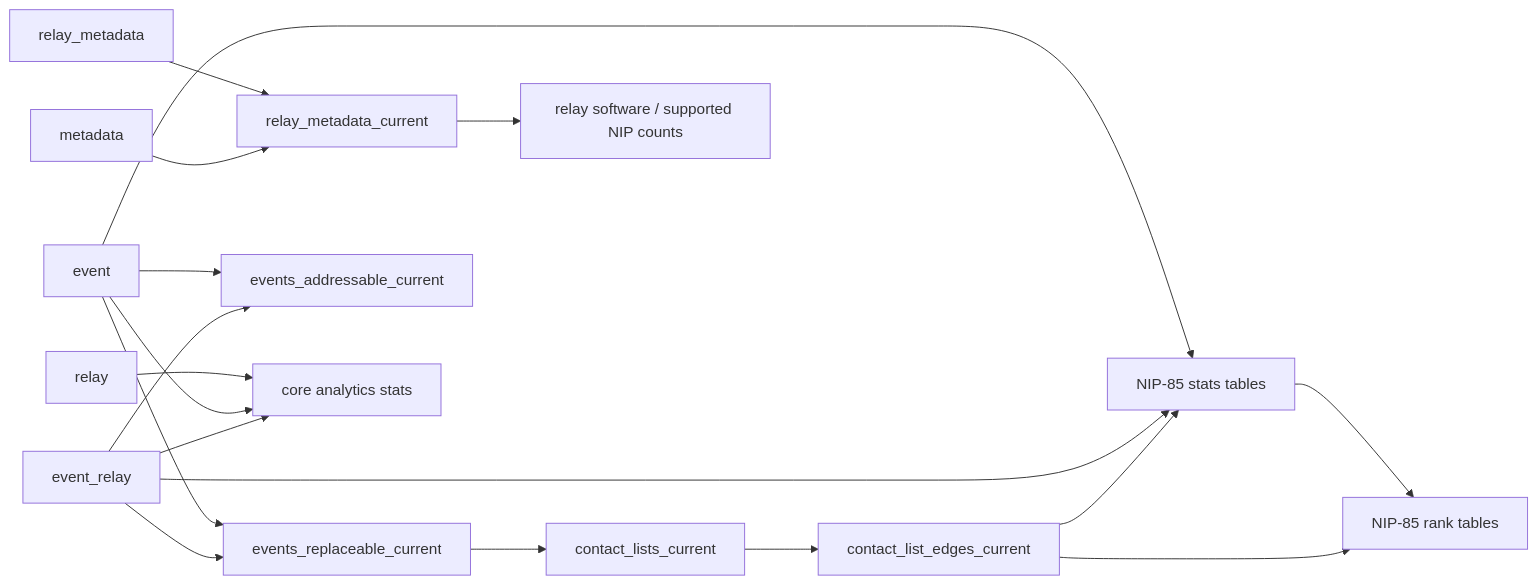
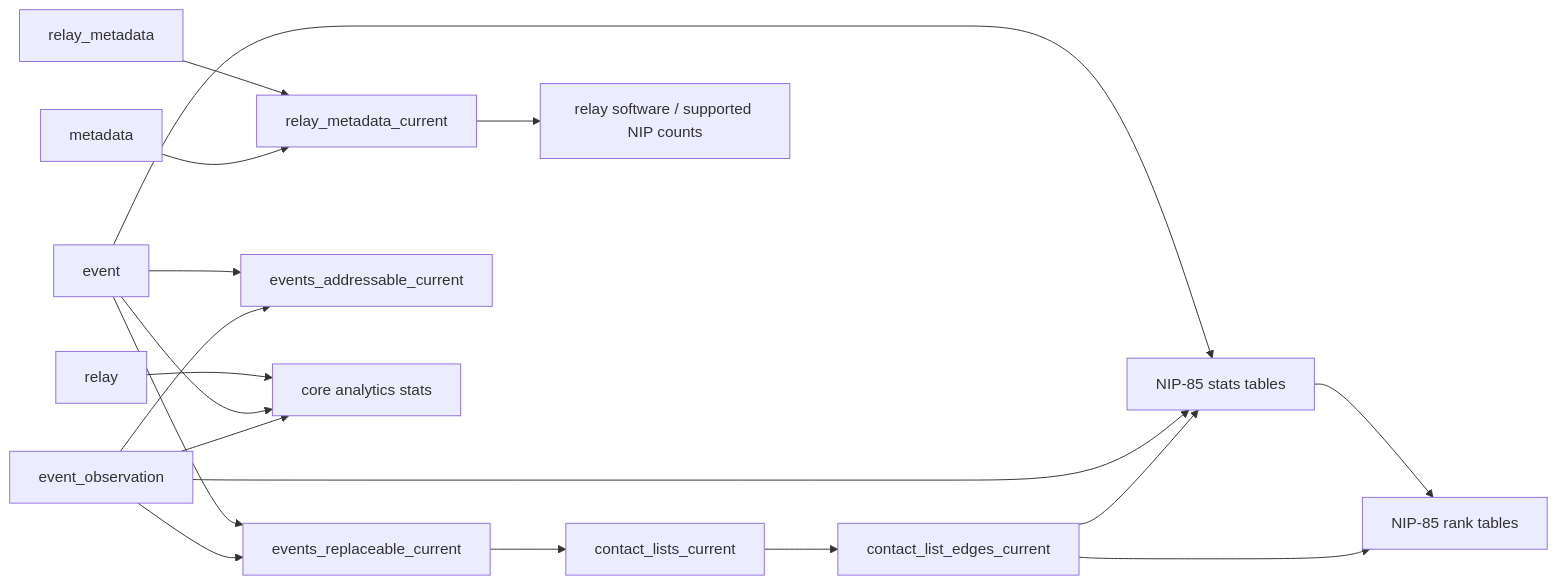
One commit to BigBrotr/bigbrotr changed the second of 2 diagrams in docs/user-guide/database.md. Above: the diagram before and after it, drawn with Mermaid. The commit also changed other lines of this file and 87 other files, not shown here.

First line of the commit message:
refactor: rename event relay history to event observation

````diff
--- a/docs/user-guide/database.md
+++ b/docs/user-guide/database.md
@@ -93,37 +93,37 @@
 ```mermaid
 flowchart LR
     event["event"]
-    event_relay["event_relay"]
+    event_observation["event_observation"]
     relay["relay"]
     relay_metadata["relay_metadata"]
     metadata["metadata"]
 
     relay_metadata_current["relay_metadata_current"]
     replaceable["events_replaceable_current"]
     addressable["events_addressable_current"]
     contacts["contact_lists_current"]
     edges["contact_list_edges_current"]
 
     core_stats["core analytics stats"]
     relay_meta_stats["relay software / supported NIP counts"]
     nip85_stats["NIP-85 stats tables"]
     ranks["NIP-85 rank tables"]
 
     relay_metadata --> relay_metadata_current
     metadata --> relay_metadata_current
     relay --> core_stats
     event --> replaceable
     event --> addressable
     event --> core_stats
     event --> nip85_stats
-    event_relay --> replaceable
-    event_relay --> addressable
-    event_relay --> core_stats
-    event_relay --> nip85_stats
+    event_observation --> replaceable
+    event_observation --> addressable
+    event_observation --> core_stats
+    event_observation --> nip85_stats
     relay_metadata_current --> relay_meta_stats
     replaceable --> contacts
     contacts --> edges
     edges --> nip85_stats
     nip85_stats --> ranks
     edges --> ranks
 ```
````
